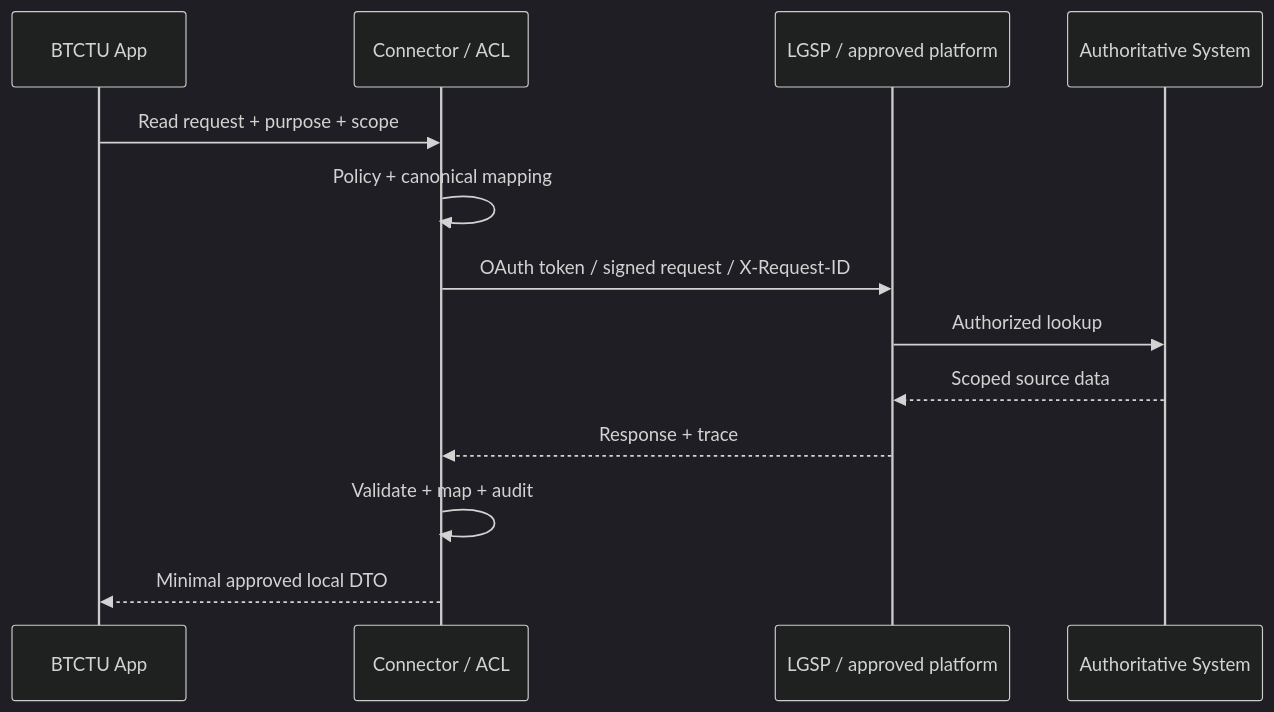
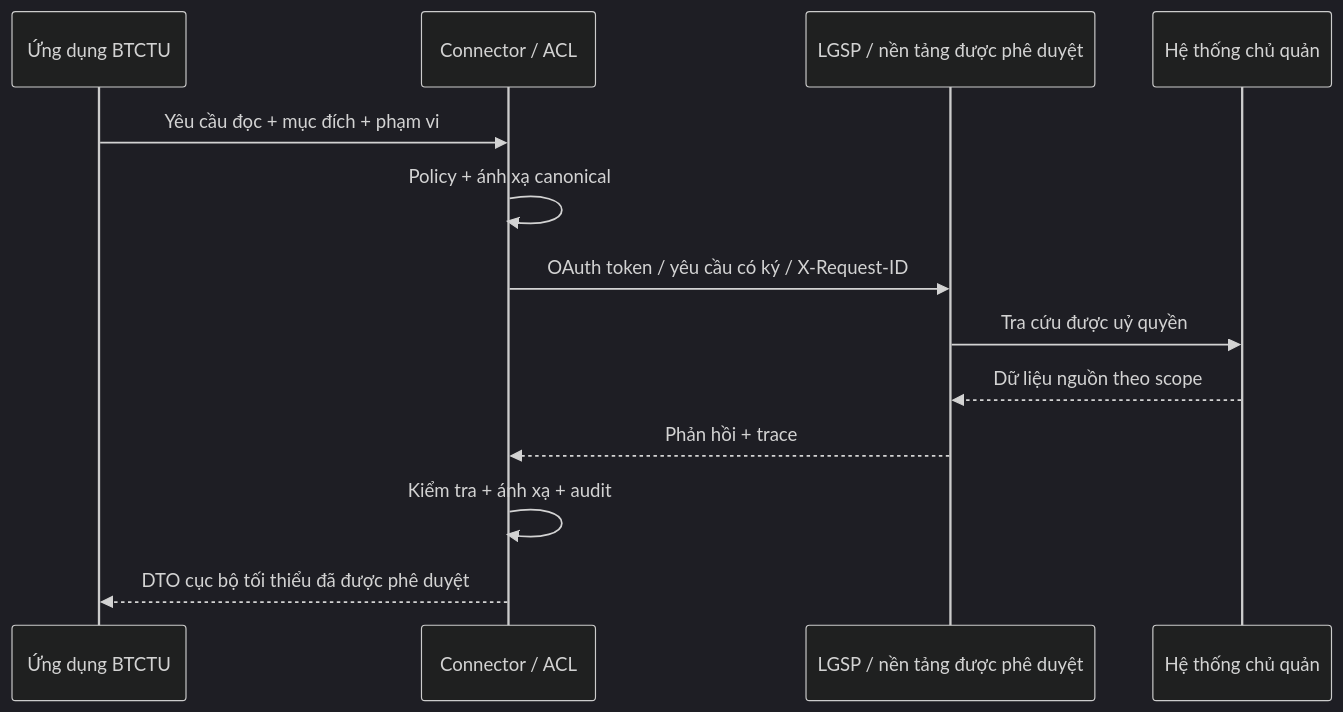
The diagram in docs/04-system-design/integration.md (chotr/BTCTU), drawn with Mermaid (dark theme) before and after one commit. The commit also changed other lines of this file and 48 other files, not shown here.

````diff
--- a/docs/04-system-design/integration.md
+++ b/docs/04-system-design/integration.md
@@ -13,16 +13,16 @@
 ```mermaid
 sequenceDiagram
-  participant A as BTCTU App
+  participant A as Ứng dụng BTCTU
   participant C as Connector / ACL
-  participant G as LGSP / approved platform
-  participant S as Authoritative System
+  participant G as LGSP / nền tảng được phê duyệt
+  participant S as Hệ thống chủ quản
 
-  A->>C: Read request + purpose + scope
-  C->>C: Policy + canonical mapping
-  C->>G: OAuth token / signed request / X-Request-ID
-  G->>S: Authorized lookup
-  S-->>G: Scoped source data
-  G-->>C: Response + trace
-  C->>C: Validate + map + audit
-  C-->>A: Minimal approved local DTO
+  A->>C: Yêu cầu đọc + mục đích + phạm vi
+  C->>C: Policy + ánh xạ canonical
+  C->>G: OAuth token / yêu cầu có ký / X-Request-ID
+  G->>S: Tra cứu được uỷ quyền
+  S-->>G: Dữ liệu nguồn theo scope
+  G-->>C: Phản hồi + trace
+  C->>C: Kiểm tra + ánh xạ + audit
+  C-->>A: DTO cục bộ tối thiểu đã được phê duyệt
 ```
````
